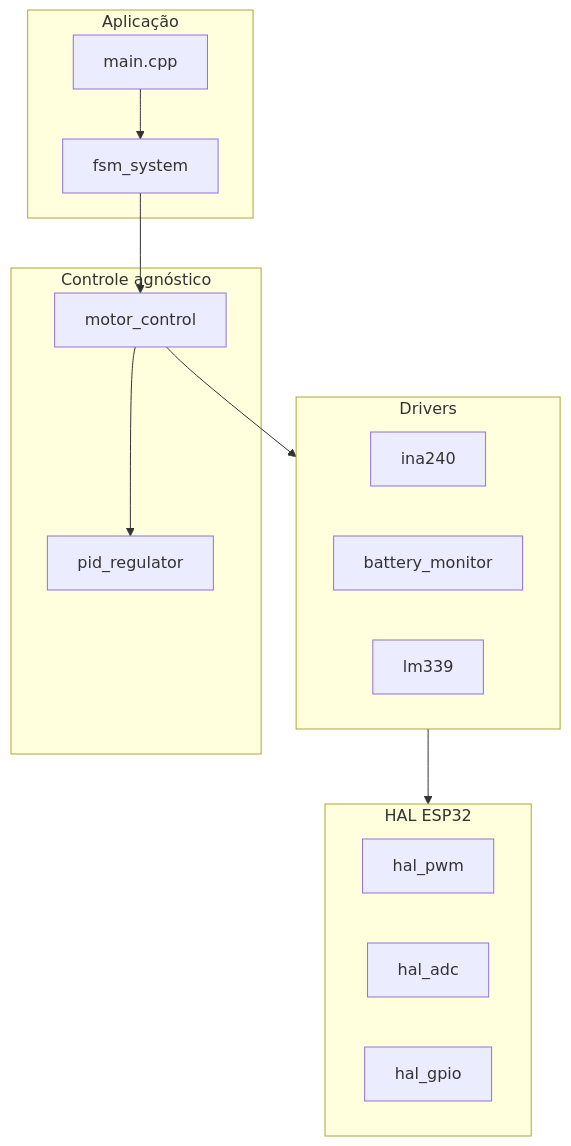
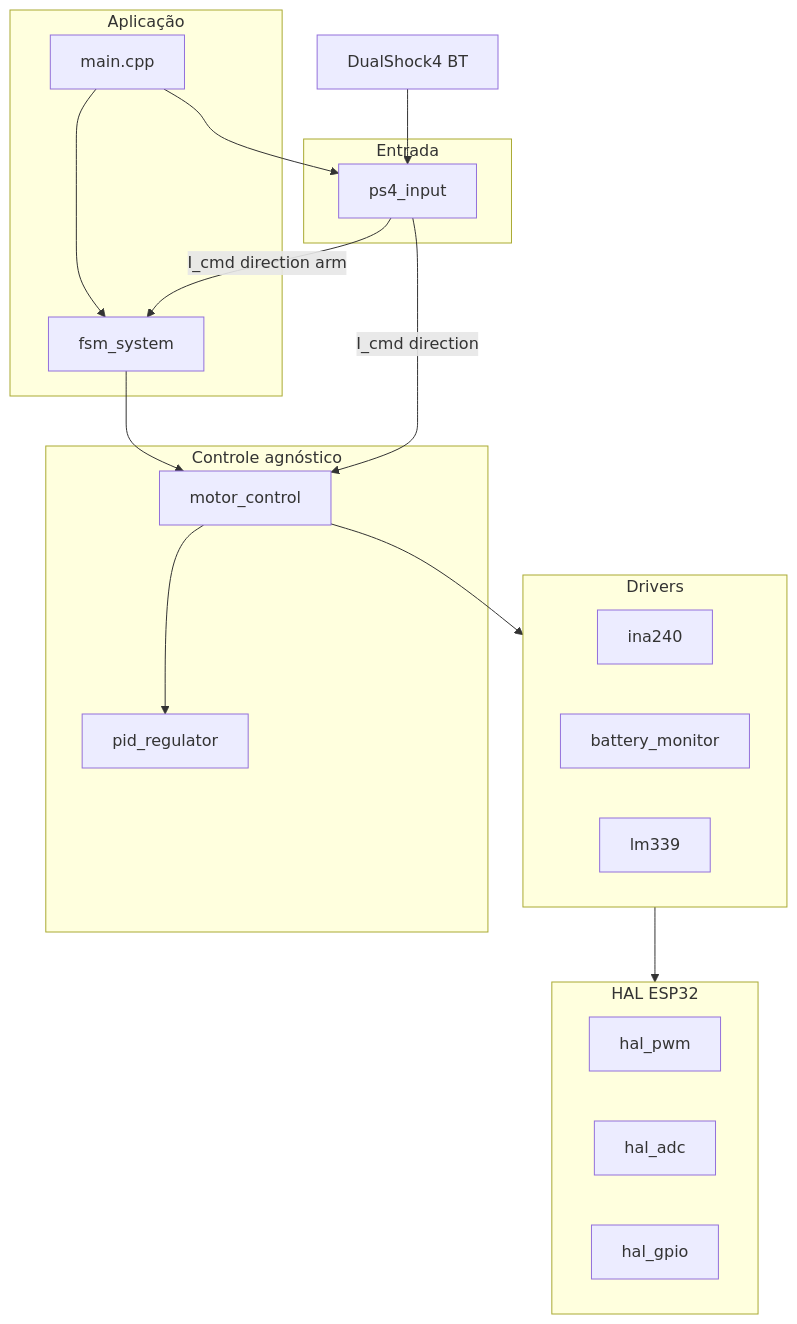
Before and after one commit to enzolfernandes/esp32-bldc-esc: the diagram in Firmware/DOCUMENTACAO_PROGRAMACAO.md, drawn with Mermaid. The commit also changed other lines of this file and 11 other files, not shown here.

````diff
--- a/Firmware/DOCUMENTACAO_PROGRAMACAO.md
+++ b/Firmware/DOCUMENTACAO_PROGRAMACAO.md
@@ -136,23 +148,30 @@
 ```mermaid
 flowchart TB
     subgraph app [Aplicação]
         MAIN[main.cpp]
         FSM[fsm_system]
+    end
+    subgraph input [Entrada]
+        PS4[ps4_input]
     end
     subgraph ctrl [Controle agnóstico]
         MC[motor_control]
         PI[pid_regulator]
     end
     subgraph drv [Drivers]
         INA[ina240]
         BAT[battery_monitor]
         LM[lm339]
     end
     subgraph hal [HAL ESP32]
         PWM[hal_pwm]
         ADC[hal_adc]
         GPIO[hal_gpio]
     end
+    DS4[DualShock4 BT] --> PS4
     MAIN --> FSM --> MC --> PI
+    MAIN --> PS4
+    PS4 -->|I_cmd direction arm| FSM
+    PS4 -->|I_cmd direction| MC
     MC --> drv --> hal
 ```
````
